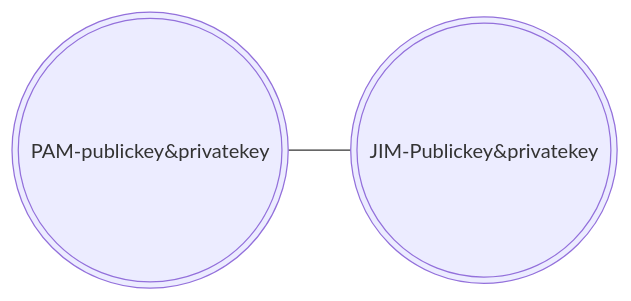
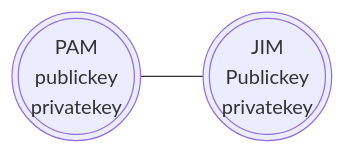
Before and after one commit to Rajeev-Tamang/OpenSSL: diagram 14 of 14 in README.md, drawn with Mermaid.

````diff
--- a/README.md
+++ b/README.md
@@ -305,4 +305,4 @@
    ```mermaid
       graph LR
-      PAM(((PAM-publickey&privatekey)))---JIM(((JIM-Publickey&privatekey)))
+      PAM(((PAM<br>publickey<br>privatekey)))---JIM(((JIM<br>Publickey<br>privatekey)))
    ```
````
